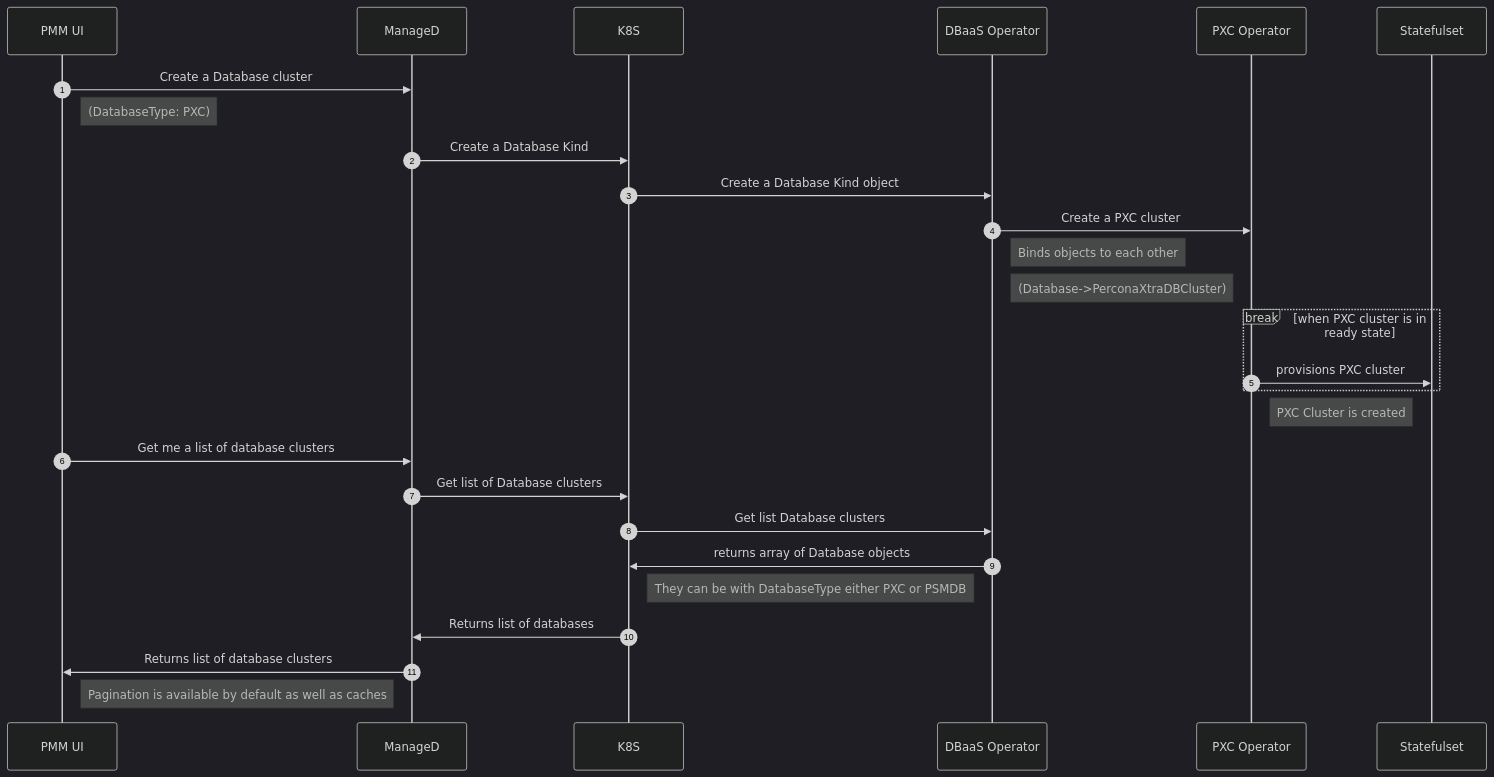
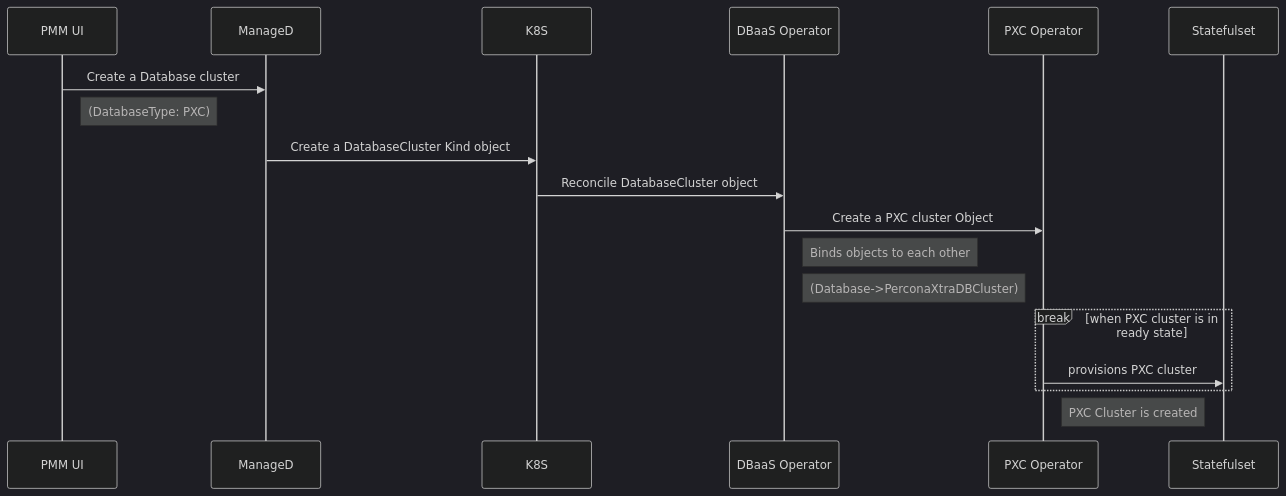
One commit to percona/pmm changed the third of 4 diagrams in docs/proposals/dbaas/01-architecture/proposal.md. Above: the diagram before and after it, drawn with Mermaid (dark theme). The commit also changed other lines of this file, not shown here.

````diff
--- a/docs/proposals/dbaas/01-architecture/proposal.md
+++ b/docs/proposals/dbaas/01-architecture/proposal.md
@@ -124,24 +124,17 @@
 ```mermaid
 sequenceDiagram
-    autonumber
+    
     PMM UI->>ManageD: Create a Database cluster
     Note right of PMM UI: (DatabaseType: PXC)
-    ManageD->>K8S: Create a Database Kind
-    K8S->>DBaaS Operator: Create a Database Kind object
-    DBaaS Operator->>PXC Operator: Create a PXC cluster
+    ManageD->>K8S: Create a DatabaseCluster Kind object
+    K8S->>DBaaS Operator: Reconcile DatabaseCluster object
+    DBaaS Operator->>PXC Operator: Create a PXC cluster Object
     Note right of DBaaS Operator: Binds objects to each other
     Note right of DBaaS Operator:  (Database->PerconaXtraDBCluster)
     break when PXC cluster is in ready state
     	PXC Operator->>Statefulset: provisions PXC cluster
     end
     Note right of PXC Operator: PXC Cluster is created
-    PMM UI->>ManageD: Get me a list of database clusters 
-    ManageD->>K8S: Get list of Database clusters 
-    K8S->>DBaaS Operator: Get list Database clusters
-    DBaaS Operator->>K8S: returns array of Database objects
-    Note right of K8S: They can be with DatabaseType either PXC or PSMDB
-    K8S->>ManageD: Returns list of databases
-    ManageD->>PMM UI: Returns list of database clusters
-    Note right of PMM UI:  Pagination is available by default as well as caches
+
     
 ```    
````
